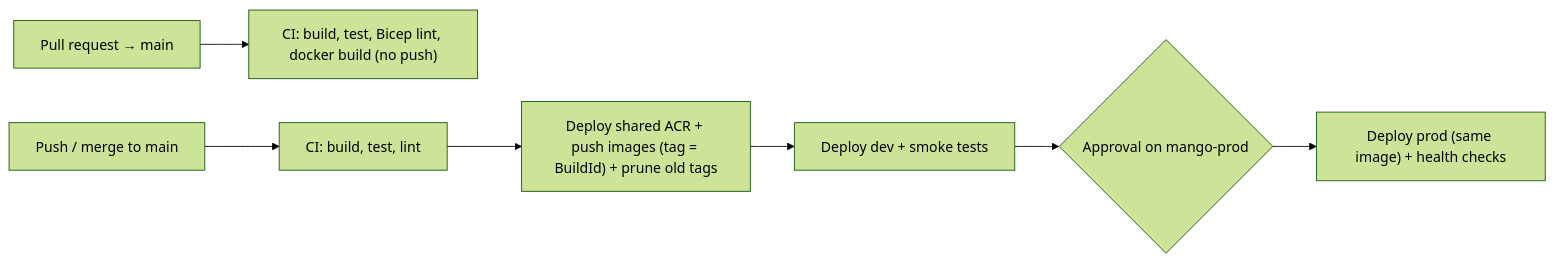
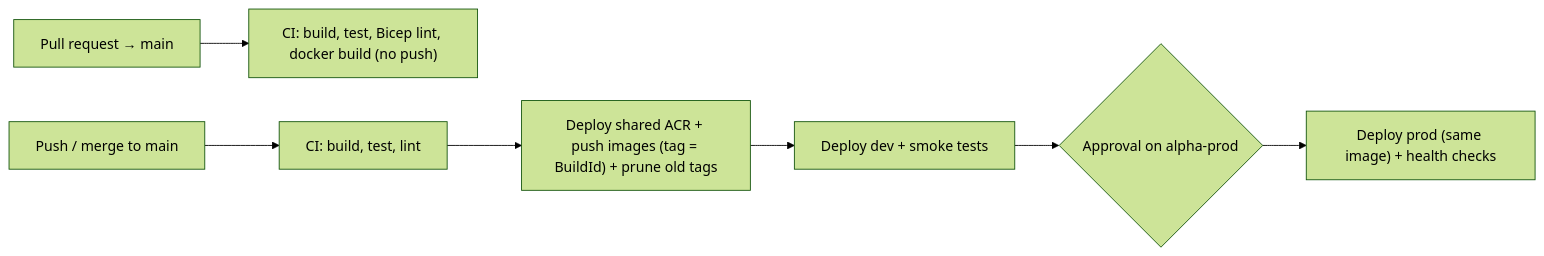
One commit to Aabhaas9413/RabbitText changed the diagram in docs/AZURE_DEPLOYMENT.md. Above: the diagram before and after it, drawn with Mermaid (forest theme). The commit also changed other lines of this file and 37 other files, not shown here.

Commit message:
Rename Mango to Alpha across application, Bicep IaC, pipelines, and docs

````diff
--- a/docs/AZURE_DEPLOYMENT.md
+++ b/docs/AZURE_DEPLOYMENT.md
@@ -57,9 +57,9 @@
 ```mermaid
 flowchart LR
     PR["Pull request → main"] --> CI1["CI: build, test, Bicep lint, docker build (no push)"]
     Main["Push / merge to main"] --> CI2["CI: build, test, lint"]
     CI2 --> IMG["Deploy shared ACR + push images (tag = BuildId) + prune old tags"]
     IMG --> DEV["Deploy dev + smoke tests"]
-    DEV --> APPROVAL{"Approval on mango-prod"}
+    DEV --> APPROVAL{"Approval on alpha-prod"}
     APPROVAL --> PROD["Deploy prod (same image) + health checks"]
 ```
````
